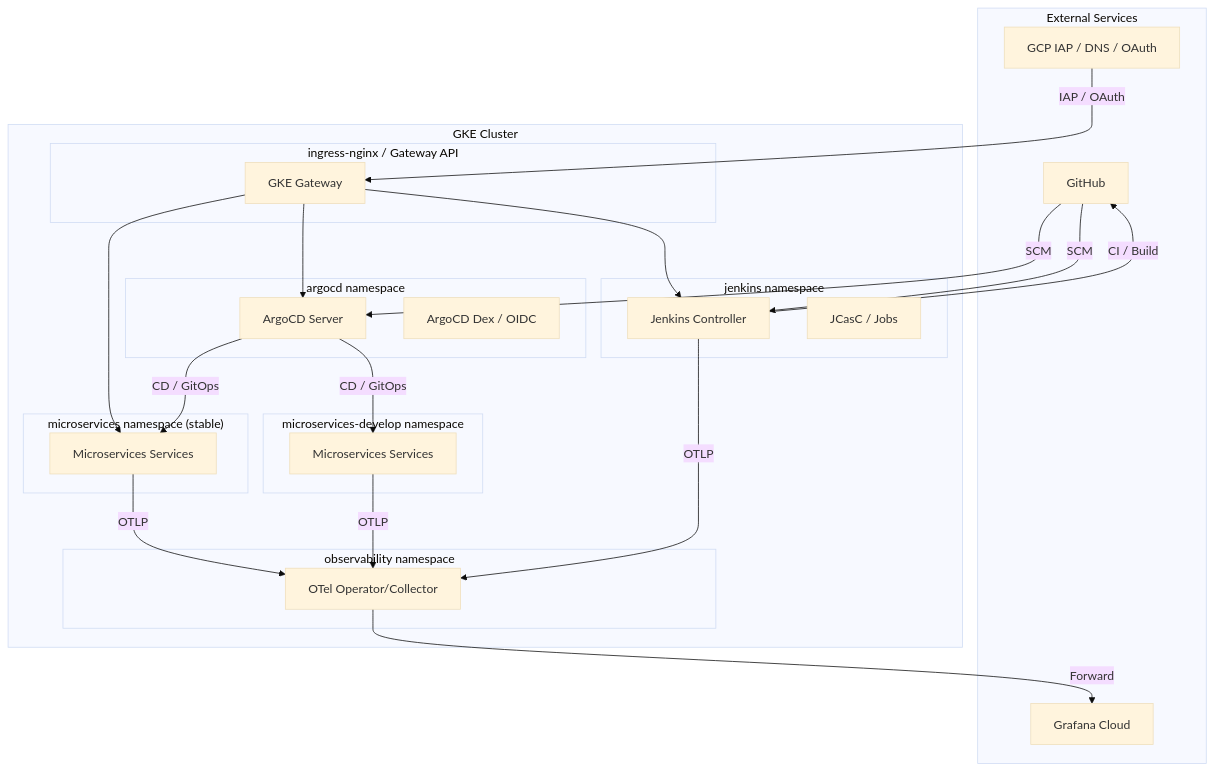
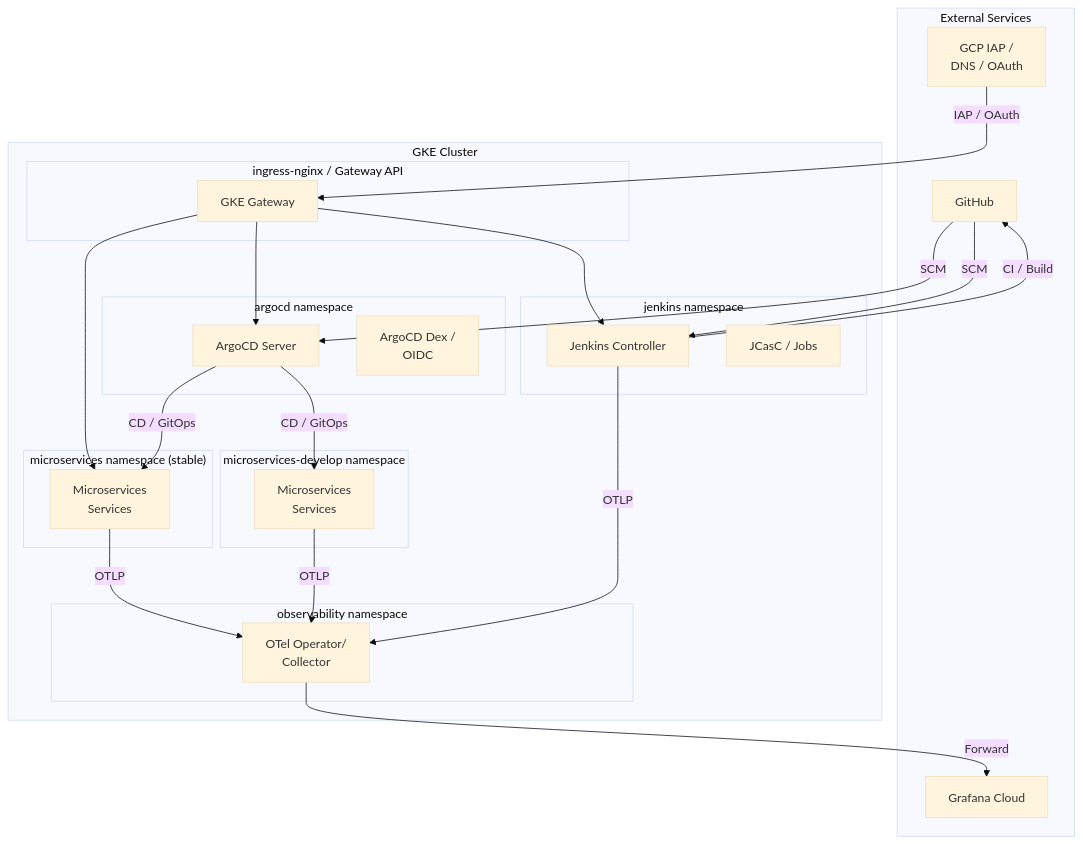
Before and after one commit to nubenetes/jenkins-2026: the first of 5 diagrams in README.md, drawn with Mermaid (base theme). The commit also changed other lines of this file, not shown here.

Commit message:
docs: wrap long labels in Mermaid diagrams in README to prevent text cut-off on GitHub

````diff
--- a/README.md
+++ b/README.md
@@ -105,50 +105,50 @@
 ```mermaid
 graph TB
     subgraph "External Services"
         GH["GitHub"]
         GC["Grafana Cloud"]
-        GCP["GCP IAP / DNS / OAuth"]
+        GCP["GCP IAP /<br/>DNS / OAuth"]
     end
 
     subgraph "GKE Cluster"
         subgraph "ingress-nginx / Gateway API"
             GW["GKE Gateway"]
         end
 
         subgraph "jenkins namespace"
             J["Jenkins Controller"]
             JC["JCasC / Jobs"]
         end
 
         subgraph "argocd namespace"
             ACD["ArgoCD Server"]
-            DEX["ArgoCD Dex / OIDC"]
+            DEX["ArgoCD Dex /<br/>OIDC"]
         end
 
         subgraph "observability namespace"
-            OTEL["OTel Operator/Collector"]
+            OTEL["OTel Operator/<br/>Collector"]
         end
 
         subgraph "microservices namespace (stable)"
-            PCS["Microservices Services"]
+            PCS["Microservices<br/>Services"]
         end
 
         subgraph "microservices-develop namespace"
-            PCD["Microservices Services"]
+            PCD["Microservices<br/>Services"]
         end
     end
 
     GH -->|SCM| J
     GH -->|SCM| ACD
     GCP -->|"IAP / OAuth"| GW
     GW --> J
     GW --> ACD
     GW --> PCS
     J -->|"CI / Build"| GH
     ACD -->|"CD / GitOps"| PCS
     ACD -->|"CD / GitOps"| PCD
     PCS -->|OTLP| OTEL
     PCD -->|OTLP| OTEL
     J -->|OTLP| OTEL
     OTEL -->|Forward| GC
 ```
````
